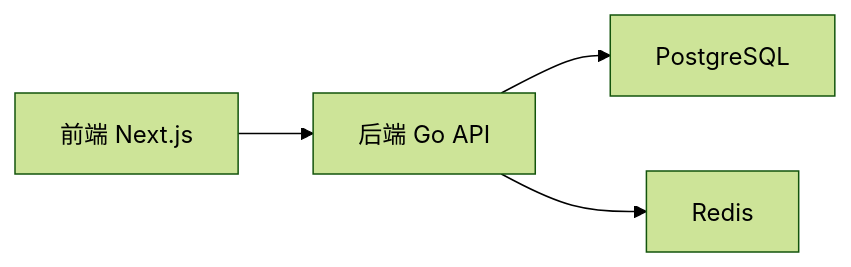
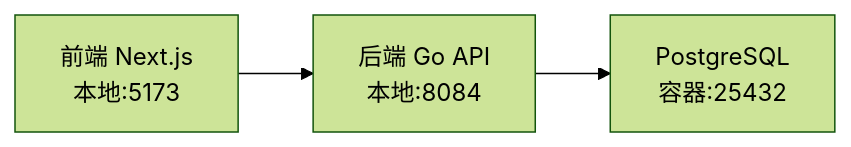
One commit to alvinwangzi/goodhr changed the fifth of 5 diagrams in .qoder/repowiki/zh/content/部署指南/Docker容器化部署.md. Above: the diagram before and after it, drawn with Mermaid (forest theme). The commit also changed other lines of this file and 10 other files, not shown here.

````diff
--- a/.qoder/repowiki/zh/content/部署指南/Docker容器化部署.md
+++ b/.qoder/repowiki/zh/content/部署指南/Docker容器化部署.md
@@ -271,6 +296,5 @@
 ```mermaid
 graph LR
-FE["前端 Next.js"] --> BE["后端 Go API"]
-BE --> PG["PostgreSQL"]
-BE --> RD["Redis"]
+FE["前端 Next.js<br/>本地:5173"] --> BE["后端 Go API<br/>本地:8084"]
+BE --> PG["PostgreSQL<br/>容器:25432"]
 ```
````
